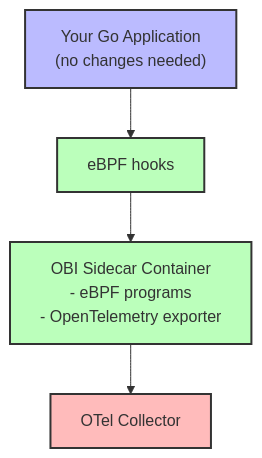
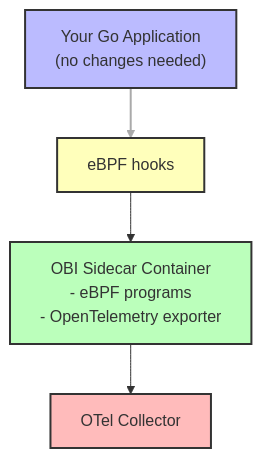
Before and after one commit to hannahkm/fosdem-2026: the third of 4 diagrams in presentation.md, drawn with Mermaid. The commit also changed other lines of this file, not shown here.

Commit message:
edit mermaids

````diff
--- a/presentation.md
+++ b/presentation.md
@@ -471,16 +477,17 @@
 ```mermaid
 graph TB
     app["Your Go Application<br/>(no changes needed)"]
     ebpf[eBPF hooks]
     sidecar["OBI Sidecar Container<br/>- eBPF programs<br/>- OpenTelemetry exporter"]
     collector[OTel Collector]
 
     app --> ebpf
     ebpf --> sidecar
     sidecar --> collector
 
     style app fill:#bbf,stroke:#333,stroke-width:2px
-    style ebpf fill:#bfb,stroke:#333,stroke-width:2px
+    style ebpf fill:#ffb,stroke:#333,stroke-width:2px
     style sidecar fill:#bfb,stroke:#333,stroke-width:2px
     style collector fill:#fbb,stroke:#333,stroke-width:2px
+    linkStyle 0 stroke:#aaa,stroke-width:2px
 ```
````
